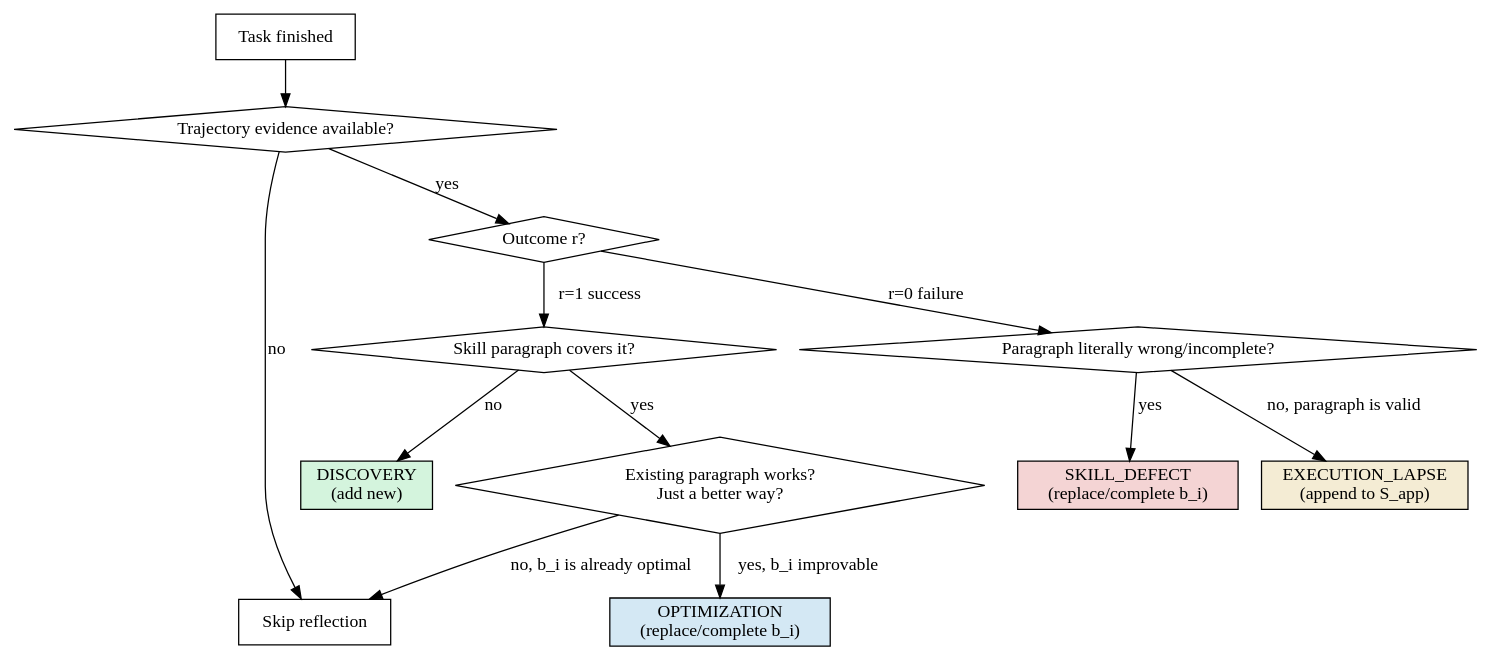
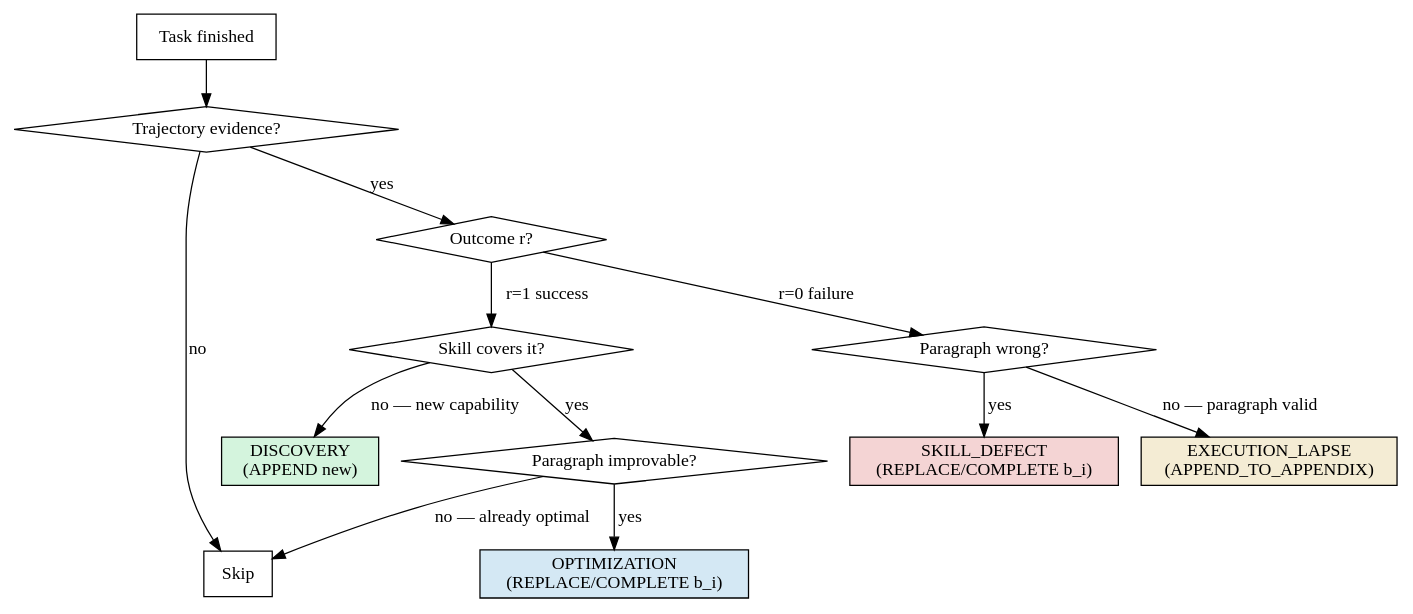
The diagram in SKILL.md (z77orz/Skill-Enrichment), drawn with Graphviz before and after one commit. The commit also changed other lines of this file and 2 other files, not shown here.

First line of the commit message:
refactor: optimize SKILL.md (−46.5% lines, 52% size) and sync READMEs

````diff
--- a/SKILL.md
+++ b/SKILL.md
@@ -238,27 +100,27 @@
 ```dot
 digraph reflection_decision {
     "Task finished" [shape=box];
-    "Trajectory evidence available?" [shape=diamond];
-    "Skip reflection" [shape=box];
+    "Trajectory evidence?" [shape=diamond];
+    "Skip" [shape=box];
     "Outcome r?" [shape=diamond];
-    "Skill paragraph covers it?" [shape=diamond];
-    "DISCOVERY\n(add new)" [shape=box, style=filled, fillcolor="#d4f4dd"];
-    "Existing paragraph works?\nJust a better way?" [shape=diamond];
-    "OPTIMIZATION\n(replace/complete b_i)" [shape=box, style=filled, fillcolor="#d4e8f4"];
-    "Paragraph literally wrong/incomplete?" [shape=diamond];
-    "SKILL_DEFECT\n(replace/complete b_i)" [shape=box, style=filled, fillcolor="#f4d4d4"];
-    "EXECUTION_LAPSE\n(append to S_app)" [shape=box, style=filled, fillcolor="#f4ecd4"];
+    "Skill covers it?" [shape=diamond];
+    "DISCOVERY\n(APPEND new)" [shape=box, style=filled, fillcolor="#d4f4dd"];
+    "Paragraph improvable?" [shape=diamond];
+    "OPTIMIZATION\n(REPLACE/COMPLETE b_i)" [shape=box, style=filled, fillcolor="#d4e8f4"];
+    "Paragraph wrong?" [shape=diamond];
+    "SKILL_DEFECT\n(REPLACE/COMPLETE b_i)" [shape=box, style=filled, fillcolor="#f4d4d4"];
+    "EXECUTION_LAPSE\n(APPEND_TO_APPENDIX)" [shape=box, style=filled, fillcolor="#f4ecd4"];
 
-    "Task finished" -> "Trajectory evidence available?";
-    "Trajectory evidence available?" -> "Skip reflection" [label="no"];
-    "Trajectory evidence available?" -> "Outcome r?" [label="yes"];
-    "Outcome r?" -> "Skill paragraph covers it?" [label="r=1 success"];
-    "Outcome r?" -> "Paragraph literally wrong/incomplete?" [label="r=0 failure"];
-    "Skill paragraph covers it?" -> "DISCOVERY\n(add new)" [label="no"];
-    "Skill paragraph covers it?" -> "Existing paragraph works?\nJust a better way?" [label="yes"];
-    "Existing paragraph works?\nJust a better way?" -> "OPTIMIZATION\n(replace/complete b_i)" [label="yes, b_i improvable"];
-    "Existing paragraph works?\nJust a better way?" -> "Skip reflection" [label="no, b_i is already optimal"];
-    "Paragraph literally wrong/incomplete?" -> "SKILL_DEFECT\n(replace/complete b_i)" [label="yes"];
-    "Paragraph literally wrong/incomplete?" -> "EXECUTION_LAPSE\n(append to S_app)" [label="no, paragraph is valid"];
+    "Task finished" -> "Trajectory evidence?";
+    "Trajectory evidence?" -> "Skip" [label="no"];
+    "Trajectory evidence?" -> "Outcome r?" [label="yes"];
+    "Outcome r?" -> "Skill covers it?" [label="r=1 success"];
+    "Outcome r?" -> "Paragraph wrong?" [label="r=0 failure"];
+    "Skill covers it?" -> "DISCOVERY\n(APPEND new)" [label="no — new capability"];
+    "Skill covers it?" -> "Paragraph improvable?" [label="yes"];
+    "Paragraph improvable?" -> "OPTIMIZATION\n(REPLACE/COMPLETE b_i)" [label="yes"];
+    "Paragraph improvable?" -> "Skip" [label="no — already optimal"];
+    "Paragraph wrong?" -> "SKILL_DEFECT\n(REPLACE/COMPLETE b_i)" [label="yes"];
+    "Paragraph wrong?" -> "EXECUTION_LAPSE\n(APPEND_TO_APPENDIX)" [label="no — paragraph valid"];
 }
 ```
````
